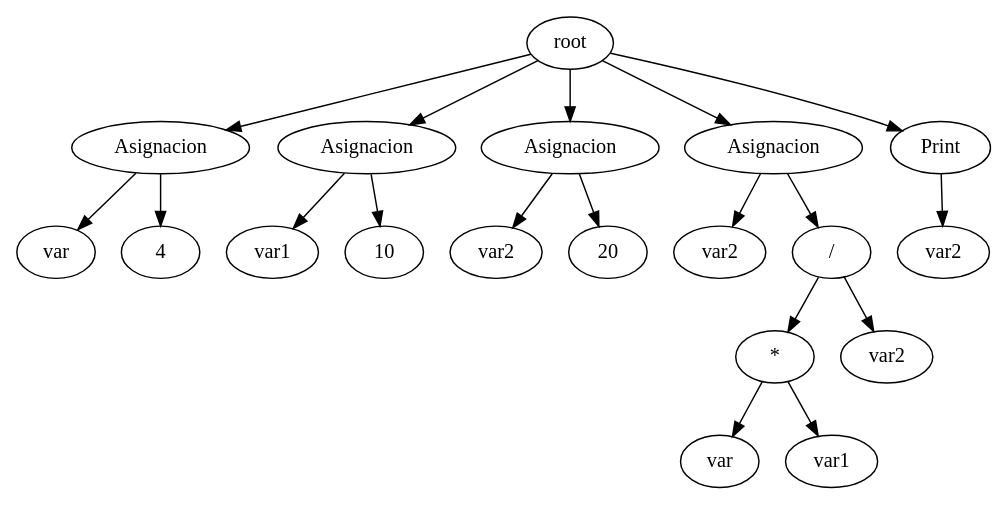
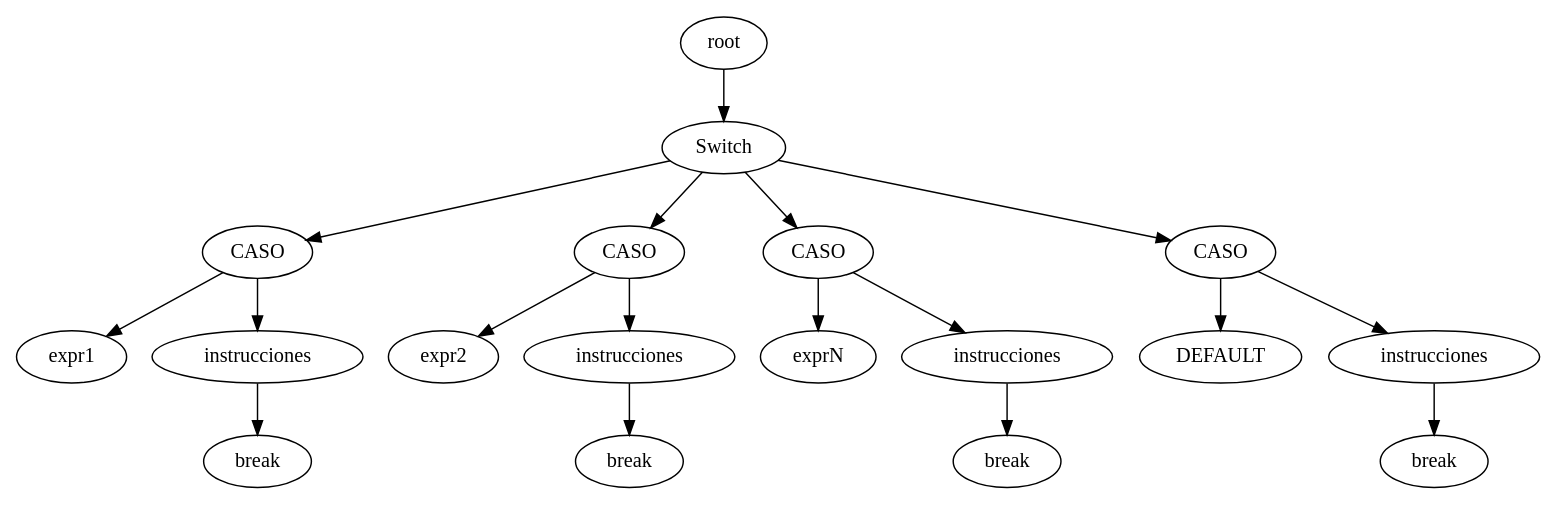
One commit to EverChicas/ARIT changed the diagram in SoftwareArit/AST.dot. Above: the diagram before and after it, drawn with Graphviz. The commit also changed 9 other files, not shown here.

```diff
--- a/SoftwareArit/AST.dot
+++ b/SoftwareArit/AST.dot
@@ -1,46 +1,42 @@
 digraph G{
 19 [label = "root"];
-2 [label = "var"];
-3 [label = "Asignacion"];
-3 -> 2;
-1 [label = "4"];
-3 [label = "Asignacion"];
-3 -> 1;
-5 [label = "var1"];
-6 [label = "Asignacion"];
-6 -> 5;
-4 [label = "10"];
-6 [label = "Asignacion"];
-6 -> 4;
-8 [label = "var2"];
-9 [label = "Asignacion"];
+18[label = "Switch"];
+2 [label = "expr1"];
+5 [label = "CASO"];
+5 -> 2;
+4[label = "instrucciones"];
+3 [label = "break"];
+4 -> 3;
+5 [label = "CASO"];
+5 -> 4;
+6 [label = "expr2"];
+9 [label = "CASO"];
+9 -> 6;
+8[label = "instrucciones"];
+7 [label = "break"];
+8 -> 7;
+9 [label = "CASO"];
 9 -> 8;
-7 [label = "20"];
-9 [label = "Asignacion"];
-9 -> 7;
-15 [label = "var2"];
-16 [label = "Asignacion"];
+10 [label = "exprN"];
+13 [label = "CASO"];
+13 -> 10;
+12[label = "instrucciones"];
+11 [label = "break"];
+12 -> 11;
+13 [label = "CASO"];
+13 -> 12;
+17 [label = "DEFAULT"];
+16 [label = "CASO"];
+16 -> 17;
+15[label = "instrucciones"];
+14 [label = "break"];
+15 -> 14;
+16 [label = "CASO"];
 16 -> 15;
-10 [label = "var"];
-12 [label = "*"];
-12 -> 10;
-11 [label = "var1"];
-12 [label = "*"];
-12 -> 11;
-14 [label = "/"];
-14 -> 12;
-13 [label = "var2"];
-14 [label = "/"];
-14 -> 13;
-16 [label = "Asignacion"];
-16 -> 14;
-17 [label = "var2"];
-18 [label = "Print"];
-18 -> 17;
-19 -> 3;
-19 -> 6;
-19 -> 9;
-19 -> 16;
+18 -> 5;
+18 -> 9;
+18 -> 13;
+18 -> 16;
 19 -> 18;
 
 }
```
